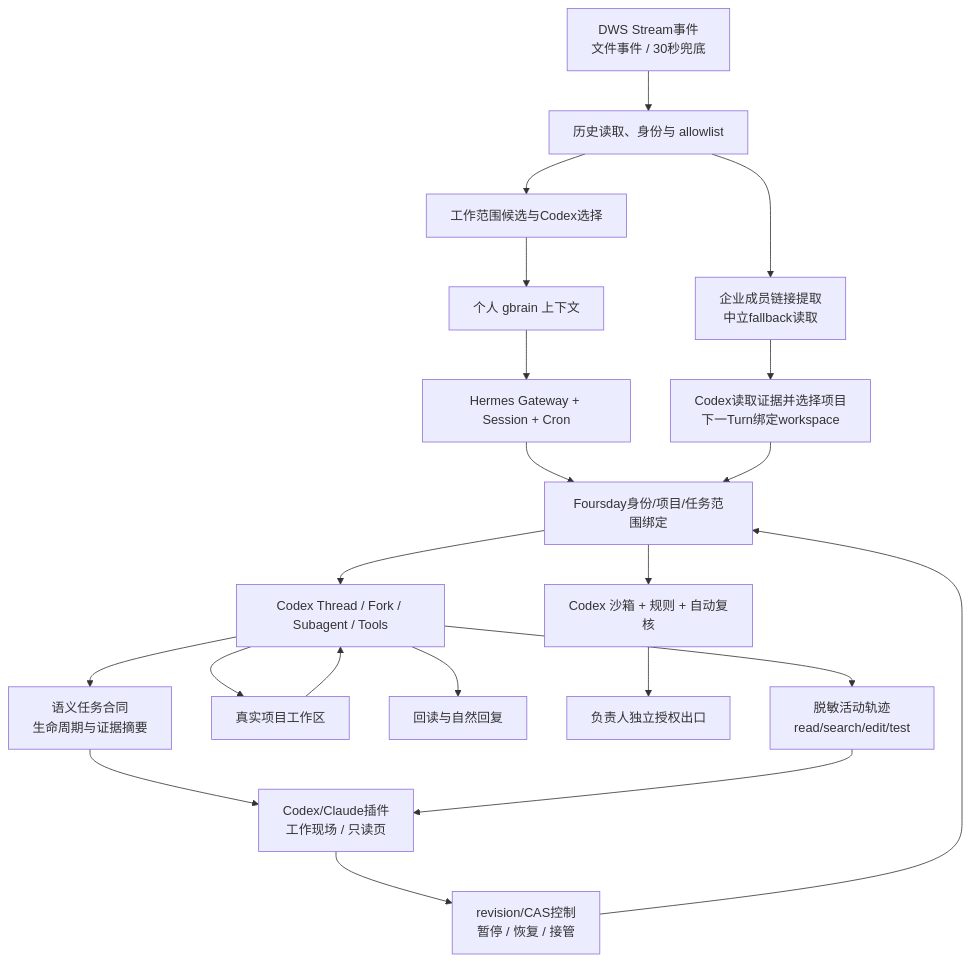
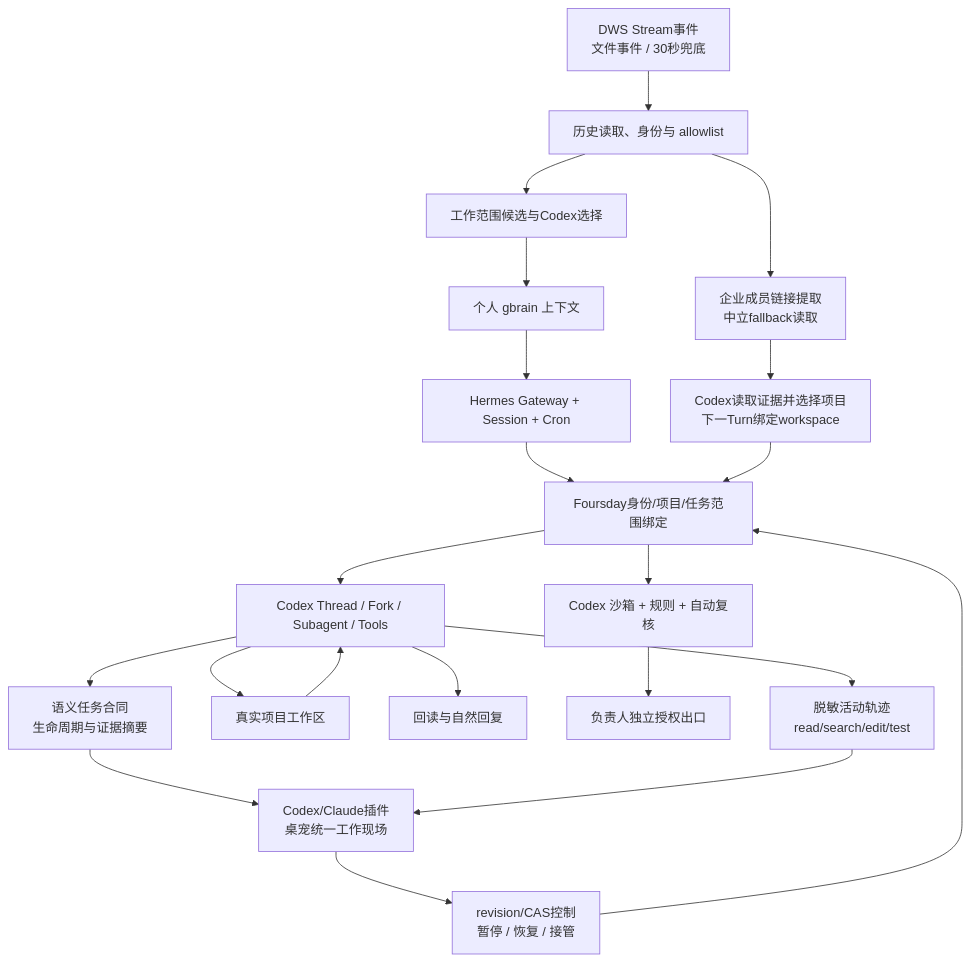
The diagram in docs/设计总览.md (ruiwang20010702/foursday), drawn with Mermaid before and after one commit. The commit also changed other lines of this file and 35 other files, not shown here.

````diff
--- a/docs/设计总览.md
+++ b/docs/设计总览.md
@@ -15,23 +15,23 @@
 ```mermaid
 flowchart TD
     A["DWS Stream事件<br/>文件事件 / 30秒兜底"] --> B["历史读取、身份与 allowlist"]
     B --> C["工作范围候选与Codex选择"]
     B --> L["企业成员链接提取<br/>中立fallback读取"]
     C --> D["个人 gbrain 上下文"]
     D --> E["Hermes Gateway + Session + Cron"]
     E --> F["Foursday身份/项目/任务范围绑定"]
     L --> PSEL["Codex读取证据并选择项目<br/>下一Turn绑定workspace"]
     PSEL --> F
     F --> K["Codex Thread / Fork / Subagent / Tools"]
     K --> TL["语义任务合同<br/>生命周期与证据摘要"]
     K --> G["真实项目工作区"]
     G --> K
     K --> H["回读与自然回复"]
     F --> I["Codex 沙箱 + 规则 + 自动复核"]
     I --> J["负责人独立授权出口"]
-    TL --> UI["Codex/Claude插件<br/>工作现场 / 只读页"]
+    TL --> UI["Codex/Claude插件<br/>桌宠统一工作现场"]
     K --> ACT["脱敏活动轨迹<br/>read/search/edit/test"]
     ACT --> UI
     UI --> CTRL["revision/CAS控制<br/>暂停 / 恢复 / 接管"]
     CTRL --> F
 ```
````
